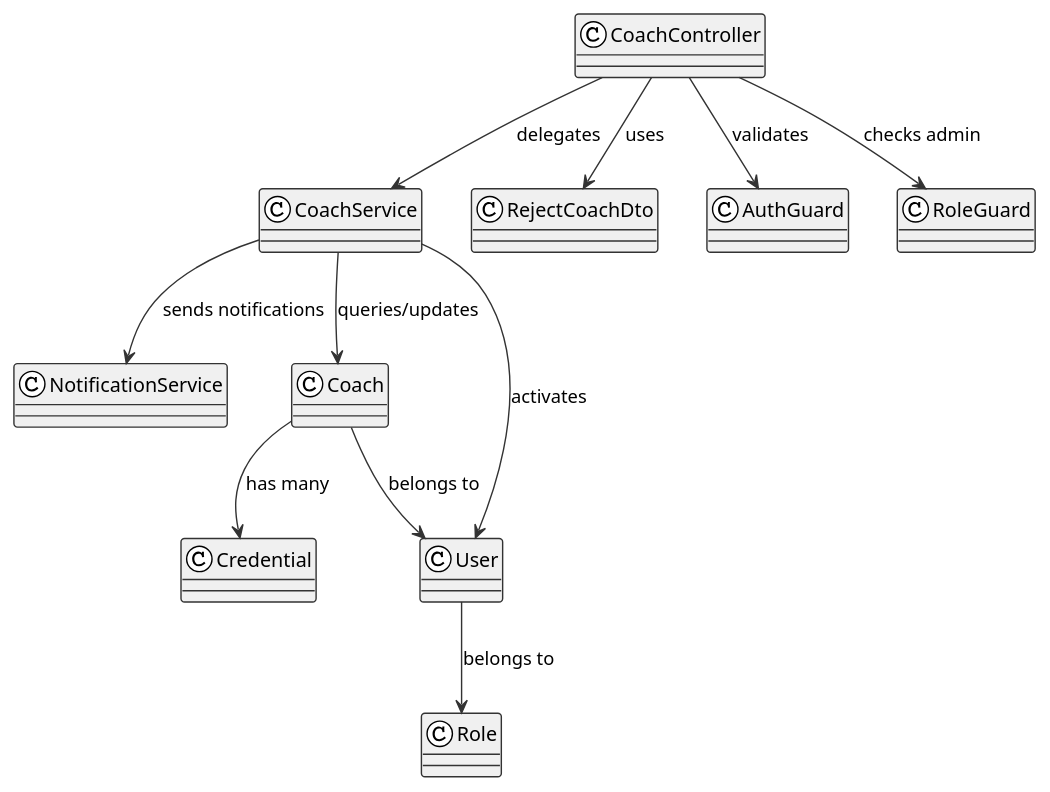
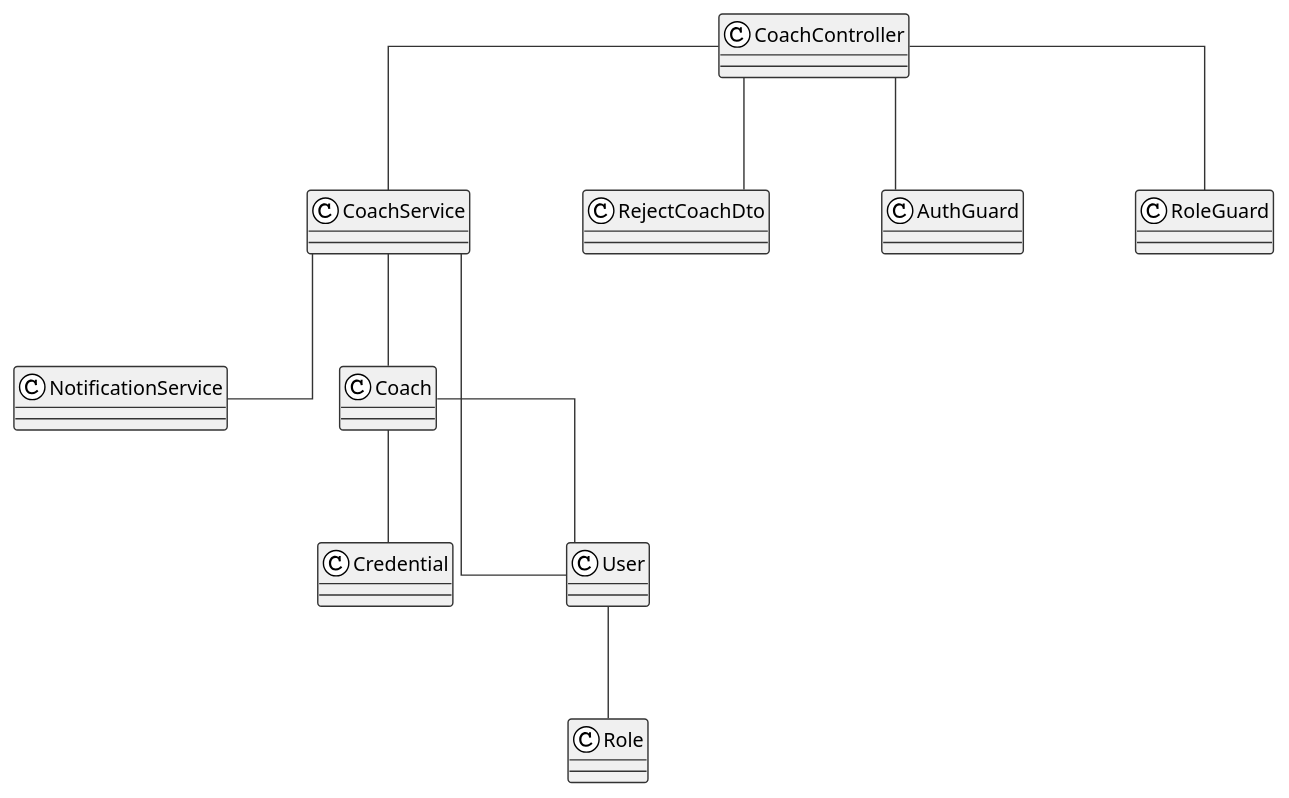
One commit to gs4lthung/capstone-project-be changed the diagram in diagrams/details/verify-coach/class.puml. Above: the diagram before and after it, drawn with PlantUML. The commit also changed other lines of this file and 34 other files, not shown here.

First line of the commit message:
Add diagrams for AI subject generation, login module, and manage course features

```diff
--- a/diagrams/details/verify-coach/class.puml
+++ b/diagrams/details/verify-coach/class.puml
@@ -1,80 +2,86 @@
 @startuml VerifyCoachClassDiagram
 !theme plain
+skinparam linetype ortho
+skinparam nodesep 80
+skinparam ranksep 80
 skinparam classBackgroundColor #f0f0f0
 skinparam classBorderColor #333
 skinparam arrowColor #333
 
 ' ════════════════════════════════════════════════════════════════════════════════════
 ' CONTROLLER LAYER
 ' ════════════════════════════════════════════════════════════════════════════════════
 
 class CoachController {
 
 }
 
 ' ════════════════════════════════════════════════════════════════════════════════════
 ' SERVICE LAYER
 ' ════════════════════════════════════════════════════════════════════════════════════
 
 class CoachService {
 
 }
 
 class NotificationService {
 
 }
 
 ' ════════════════════════════════════════════════════════════════════════════════════
 ' ENTITY LAYER
 ' ════════════════════════════════════════════════════════════════════════════════════
 
 class Coach {
 
 }
 
 class Credential {
 
 }
 
 class User {
 
 }
 
 class Role {
 
 }
 
+
+' ════════════════════════════════════════════════════════════════════════════════════
+' DTO LAYER
+' ════════════════════════════════════════════════════════════════════════════════════
+
 class RejectCoachDto {
-
 }
 
 ' ════════════════════════════════════════════════════════════════════════════════════
 ' UTILITY LAYER
 ' ════════════════════════════════════════════════════════════════════════════════════
 
 class AuthGuard {
 
 }
 
 class RoleGuard {
 
 }
 
 ' ════════════════════════════════════════════════════════════════════════════════════
 ' RELATIONSHIPS
 ' ════════════════════════════════════════════════════════════════════════════════════
 
-CoachController --> CoachService: delegates
-CoachController --> AuthGuard: validates
-CoachController --> RoleGuard: checks admin
-CoachController --> RejectCoachDto: uses
 
-CoachService --> Coach: queries/updates
-CoachService --> User: activates
-CoachService --> NotificationService: sends notifications
-
-Coach --> User: belongs to
-Coach --> Credential: has many
-User --> Role: belongs to
+CoachController -- CoachService
+CoachController -- AuthGuard
+CoachController -- RoleGuard
+CoachController -- RejectCoachDto
+CoachService -- Coach
+CoachService -- User
+CoachService -- NotificationService
+Coach -- User
+Coach -- Credential
+User -- Role
 
 @enduml
```
